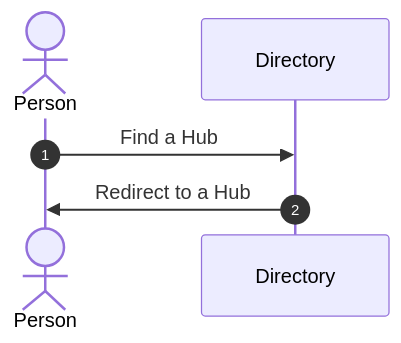
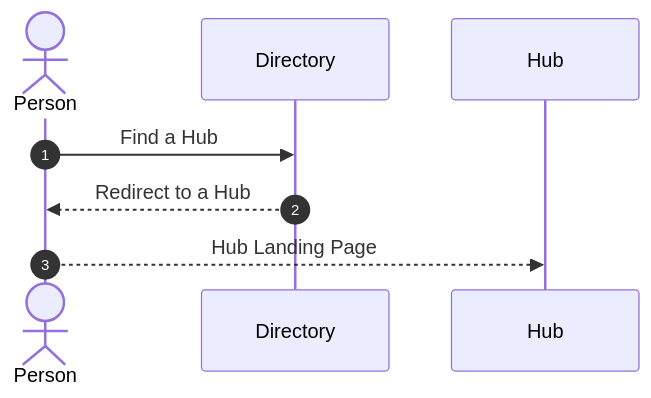
The second of 3 diagrams in topics/documentation/drps/docs/README.md (czrpb/Mentoring), drawn with Mermaid before and after one commit.

````diff
--- a/topics/documentation/drps/docs/README.md
+++ b/topics/documentation/drps/docs/README.md
@@ -132,8 +132,9 @@
 ```mermaid
 sequenceDiagram
   autonumber
   actor Person
 
   Person->>Directory: Find a Hub
-  Directory->>Person: Redirect to a Hub
+  Directory-->>Person: Redirect to a Hub
+  Person-->>Hub: Hub Landing Page
 ```
````
